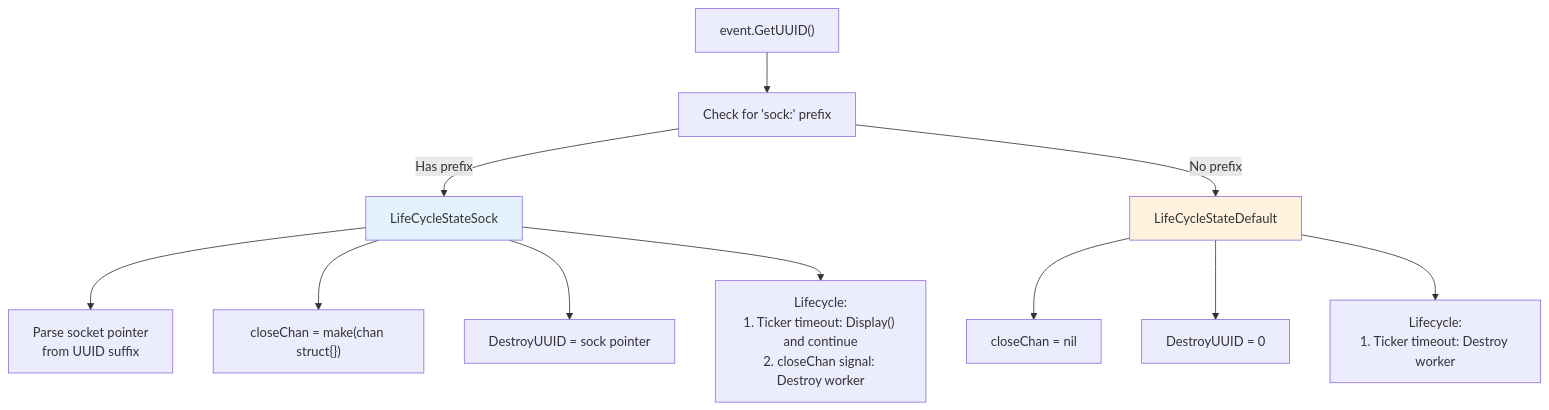
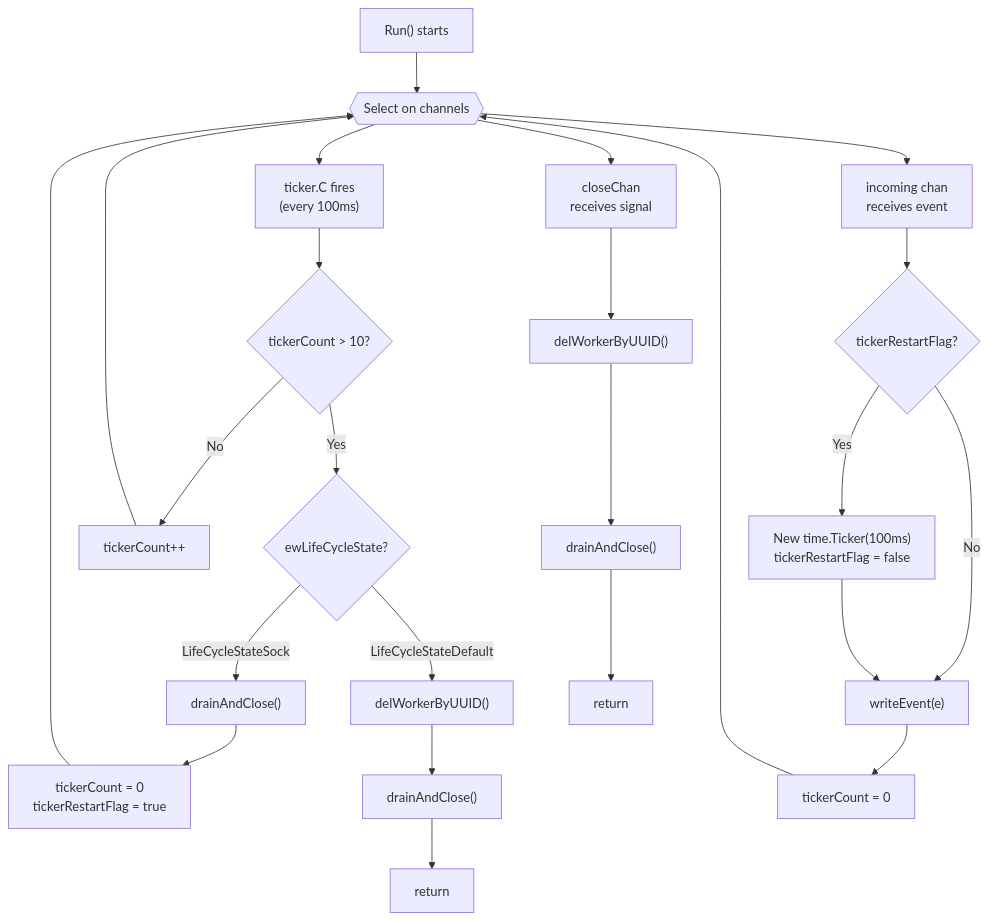
One commit to gojue/ecapture.cc changed the fifth of 7 diagrams in src/en/5-development-guide/5.4-event-processing-and-parsers.md. Above: the diagram before and after it, drawn with Mermaid. The commit also changed other lines of this file and 115 other files, not shown here.

````diff
--- a/src/en/5-development-guide/5.4-event-processing-and-parsers.md
+++ b/src/en/5-development-guide/5.4-event-processing-and-parsers.md
@@ -347,21 +274,33 @@
 ```mermaid
-graph TB
-    UUID["event.GetUUID()"]
+flowchart TB
+    START["Run() starts"] --> LOOP{{"Select on channels"}}
     
-    UUID --> CheckPrefix["Check for 'sock:' prefix"]
+    LOOP --> TICKER["ticker.C fires<br/>(every 100ms)"]
+    LOOP --> EVENT["incoming chan<br/>receives event"]
+    LOOP --> CLOSE["closeChan<br/>receives signal"]
     
-    CheckPrefix -->|Has prefix| Socket["LifeCycleStateSock"]
-    CheckPrefix -->|No prefix| Default["LifeCycleStateDefault"]
+    TICKER --> CHECK{"tickerCount > 10?"}
+    CHECK -->|Yes| LIFECYCLE{"ewLifeCycleState?"}
+    CHECK -->|No| INC["tickerCount++"]
+    INC --> LOOP
     
-    Socket --> ParseSock["Parse socket pointer<br/>from UUID suffix"]
-    Socket --> CreateClose["closeChan = make(chan struct{})"]
-    Socket --> SetDestroy["DestroyUUID = sock pointer"]
-    Socket --> Lifecycle1["Lifecycle:<br/>1. Ticker timeout: Display() and continue<br/>2. closeChan signal: Destroy worker"]
+    LIFECYCLE -->|LifeCycleStateSock| DRAIN1["drainAndClose()"]
+    LIFECYCLE -->|LifeCycleStateDefault| DEL["delWorkerByUUID()"]
     
-    Default --> NilClose["closeChan = nil"]
-    Default --> NoDestroy["DestroyUUID = 0"]
-    Default --> Lifecycle2["Lifecycle:<br/>1. Ticker timeout: Destroy worker"]
+    DRAIN1 --> RESET["tickerCount = 0<br/>tickerRestartFlag = true"]
+    RESET --> LOOP
     
-    style Socket fill:#e3f2fd
-    style Default fill:#fff3e0
+    DEL --> DRAIN2["drainAndClose()"]
+    DRAIN2 --> RETURN["return"]
+    
+    EVENT --> RESTART{"tickerRestartFlag?"}
+    RESTART -->|Yes| NEWTICKER["New time.Ticker(100ms)<br/>tickerRestartFlag = false"]
+    RESTART -->|No| WRITE["writeEvent(e)"]
+    NEWTICKER --> WRITE
+    WRITE --> ZERO["tickerCount = 0"]
+    ZERO --> LOOP
+    
+    CLOSE --> DEL2["delWorkerByUUID()"]
+    DEL2 --> DRAIN3["drainAndClose()"]
+    DRAIN3 --> RETURN2["return"]
 ```
````
